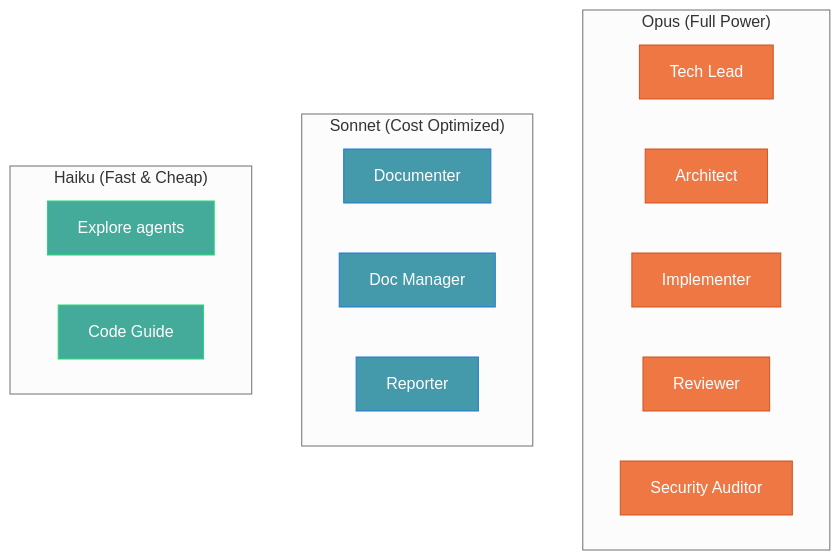
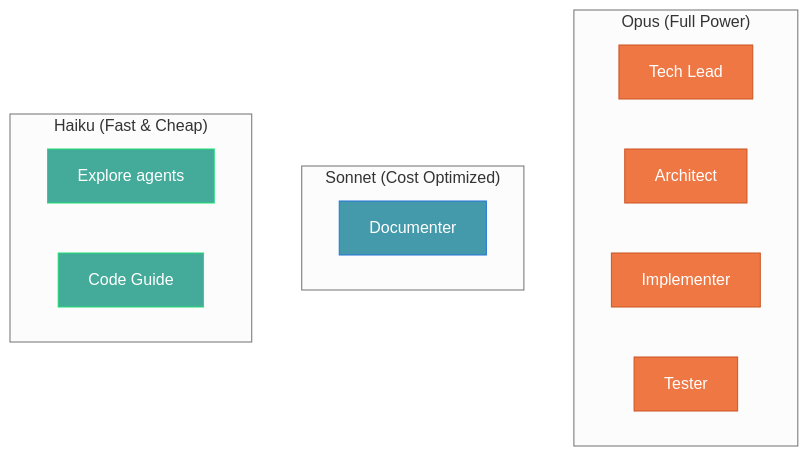
One commit to Muheng1992/symbiotic-engineering changed diagram 15 of 18 in docs/AGENT-ARMY-DESIGN.md. Above: the diagram before and after it, drawn with Mermaid (neutral theme). The commit also changed other lines of this file and 46 other files, not shown here.

````diff
--- a/docs/AGENT-ARMY-DESIGN.md
+++ b/docs/AGENT-ARMY-DESIGN.md
@@ -885,32 +798,26 @@
 ```mermaid
 graph TD
     subgraph "Opus (Full Power)"
         O1[Tech Lead]
         O2[Architect]
         O3[Implementer]
-        O4[Reviewer]
-        O5[Security Auditor]
+        O4[Tester]
     end
 
     subgraph "Sonnet (Cost Optimized)"
         S1[Documenter]
-        S2[Doc Manager]
-        S3[Reporter]
     end
 
     subgraph "Haiku (Fast & Cheap)"
         H1[Explore agents]
         H2[Code Guide]
     end
 
     style O1 fill:#e74,stroke:#c52,color:#fff
     style O2 fill:#e74,stroke:#c52,color:#fff
     style O3 fill:#e74,stroke:#c52,color:#fff
     style O4 fill:#e74,stroke:#c52,color:#fff
-    style O5 fill:#e74,stroke:#c52,color:#fff
     style S1 fill:#49a,stroke:#27d,color:#fff
-    style S2 fill:#49a,stroke:#27d,color:#fff
-    style S3 fill:#49a,stroke:#27d,color:#fff
     style H1 fill:#4a9,stroke:#2d7,color:#fff
     style H2 fill:#4a9,stroke:#2d7,color:#fff
 ```
````
